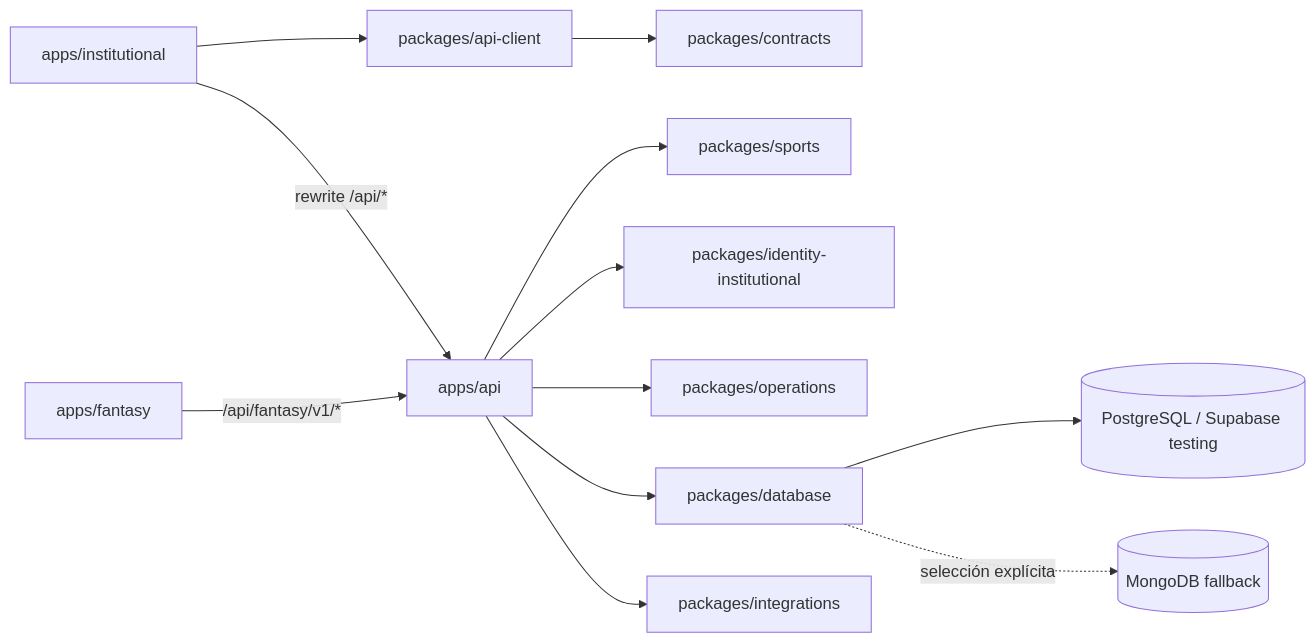
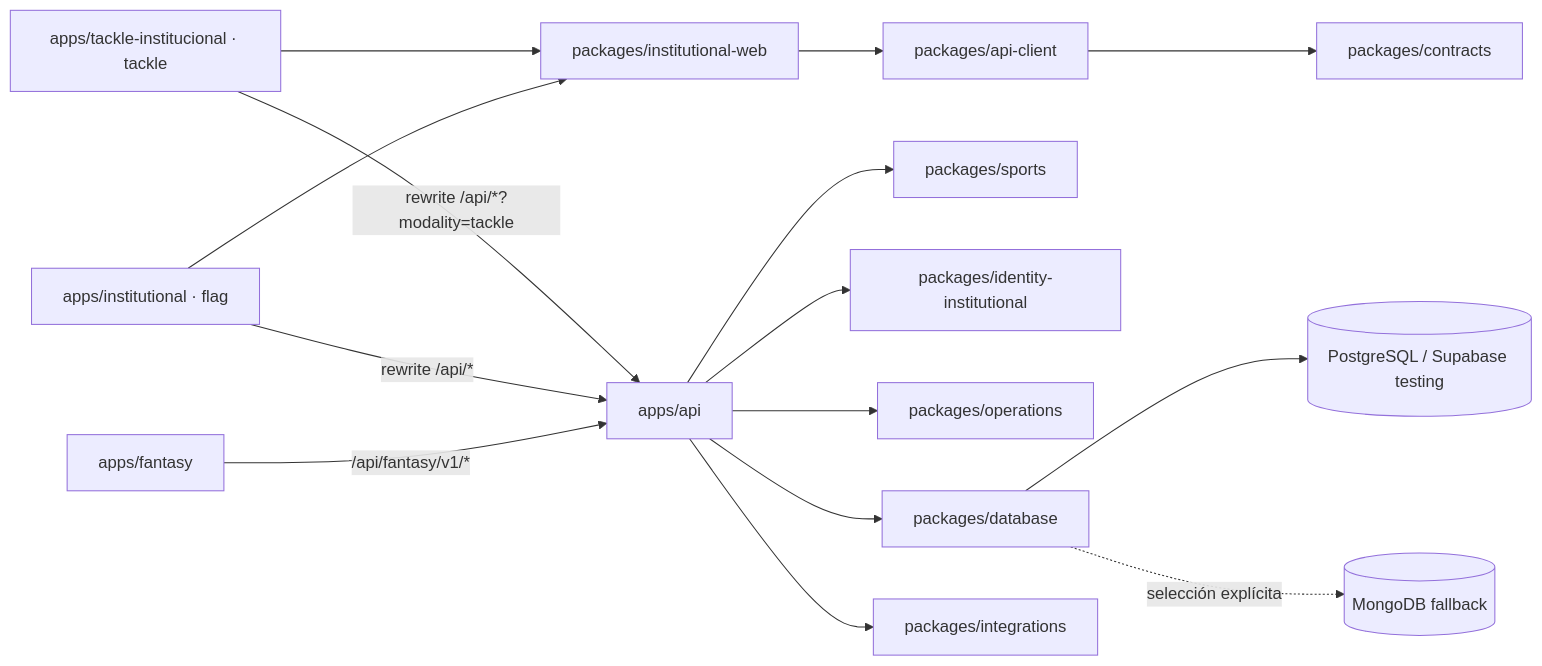
One commit to martinedelman/LUFAFantasy changed the diagram in docs/monorepo-architecture.md. Above: the diagram before and after it, drawn with Mermaid. The commit also changed other lines of this file and 71 other files, not shown here.

First line of the commit message:
feat(api): serve flag and tackle data through a modality query param

````diff
--- a/docs/monorepo-architecture.md
+++ b/docs/monorepo-architecture.md
@@ -7,14 +7,17 @@
 ```mermaid
 flowchart LR
-  Institutional[apps/institutional] --> Client[packages/api-client]
+  Institutional[apps/institutional · flag] --> Web[packages/institutional-web]
+  Tackle[apps/tackle-institucional · tackle] --> Web
+  Web --> Client[packages/api-client]
   Fantasy[apps/fantasy] -->|/api/fantasy/v1/*| API
   Client --> Contracts[packages/contracts]
   Institutional -->|rewrite /api/*| API[apps/api]
+  Tackle -->|rewrite /api/*?modality=tackle| API
   API --> Sports[packages/sports]
   API --> Identity[packages/identity-institutional]
   API --> Operations[packages/operations]
   API --> Database[packages/database]
   API --> Integrations[packages/integrations]
   Database --> Postgres[(PostgreSQL / Supabase testing)]
   Database -. selección explícita .-> Mongo[(MongoDB fallback)]
 ```
````
